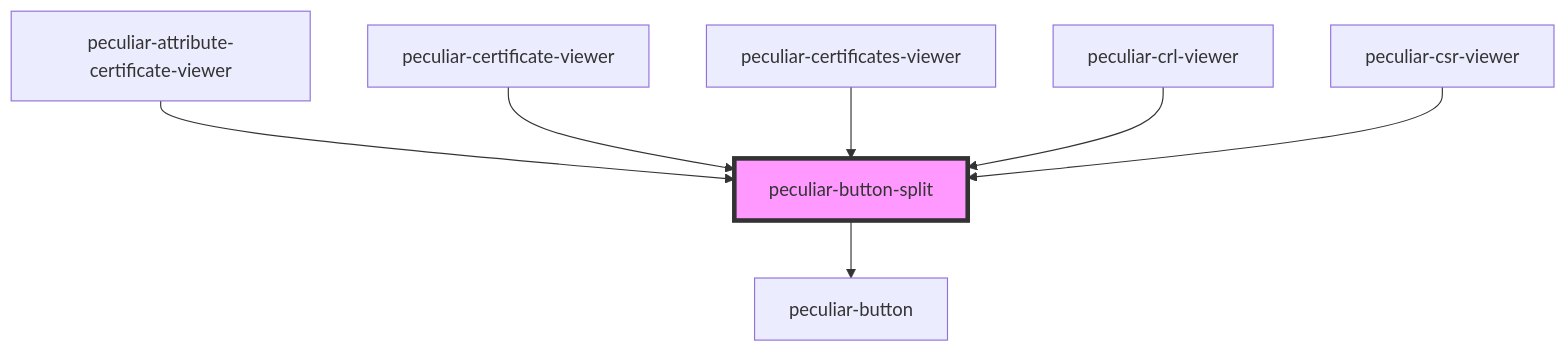
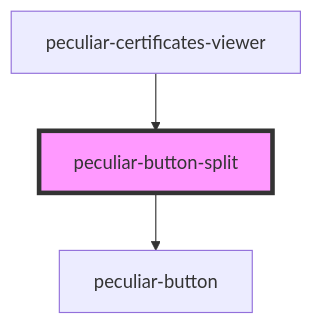
The diagram in packages/webcomponents/src/components/button-split/readme.md (PeculiarVentures/pv-certificates-viewer), drawn with Mermaid before and after one commit. The commit also changed other lines of this file and 76 other files, not shown here.

````diff
--- a/packages/webcomponents/src/components/button-split/readme.md
+++ b/packages/webcomponents/src/components/button-split/readme.md
@@ -32,10 +28,6 @@
 ```mermaid
 graph TD;
   peculiar-button-split --> peculiar-button
-  peculiar-attribute-certificate-viewer --> peculiar-button-split
-  peculiar-certificate-viewer --> peculiar-button-split
   peculiar-certificates-viewer --> peculiar-button-split
-  peculiar-crl-viewer --> peculiar-button-split
-  peculiar-csr-viewer --> peculiar-button-split
   style peculiar-button-split fill:#f9f,stroke:#333,stroke-width:4px
 ```
````
